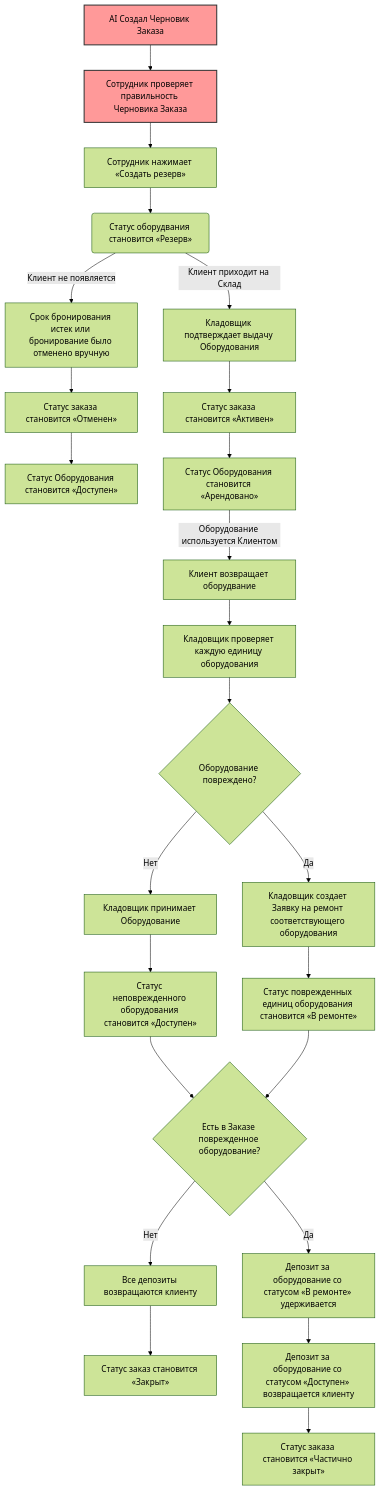
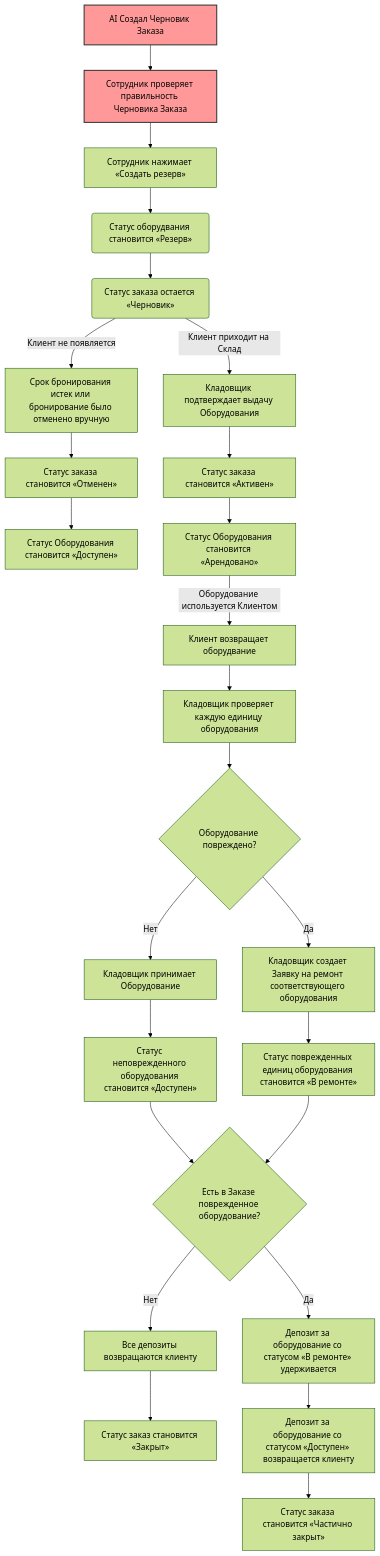
The diagram in flowchart4.md (Diamko94/rentals1), drawn with Mermaid (forest theme) before and after one commit.

````diff
--- a/flowchart4.md
+++ b/flowchart4.md
@@ -1,43 +1,45 @@
 ```mermaid
 flowchart TD
 
  %% Выделение цветом
     style D0 fill:#ff9999,stroke:#333,stroke-width:2px
     style D00 fill:#ff9999,stroke:#333,stroke-width:2px
 
   
 
     %% Подтверждение
     D0[AI Создал Черновик Заказа]
     D0 --> D00[Сотрудник проверяет правильность Черновика Заказа]
 
     D00 --> D1[Сотрудник нажимает «Создать резерв»]
     D1 --> B(Статус оборудвания становится «Резерв»)
+    B --> B1(Статус заказа остается «Черновик»)
+
 
     %% Выдача
-    B --> |Клиент приходит на Склад| I[Кладовщик подтверждает выдачу Оборудования]
-    B --> |Клиент не появляется| E[Срок бронирования истек или бронирование было отменено вручную]
+    B1 --> |Клиент приходит на Склад| I[Кладовщик подтверждает выдачу Оборудования]
+    B1 --> |Клиент не появляется| E[Срок бронирования истек или бронирование было отменено вручную]
     E --> F[Статус заказа становится «Отменен»]
     I --> J[Статус заказа становится «Активен»]
     F --> C[Статус Оборудования становится «Доступен»]
     J --> X[Статус Оборудования становится «Арендовано»]
 
     %% Возврат
     X --> |Оборудование используется Клиентом| K[Клиент возвращает оборудвание]
     K --> L[Кладовщик проверяет каждую единицу оборудования]
     L --> M{Оборудование повреждено?}
     
     M --> |Да| P[Кладовщик создает Заявку на ремонт соответствующего оборудования]
     P --> R[Статус поврежденных единиц оборудования становится «В ремонте»]
     M --> |Нет| P1[Кладовщик принимает Оборудование]
     P1 --> T[Статус неповрежденного оборудования становится «Доступен»]
 
     %% Расчет
     T --> N{Есть в Заказе поврежденное оборудование?}
     R --> N
     N --> |Нет| Q[Все депозиты возвращаются клиенту]
     Q --> V[Статус заказ становится «Закрыт»]
     N --> |Да| S[Депозит за оборудование со статусом «В ремонте» удерживается]
     S --> U[Депозит за оборудование со статусом «Доступен» возвращается клиенту]
     U --> W[Статус заказа становится «Частично закрыт»]
 ```
````
